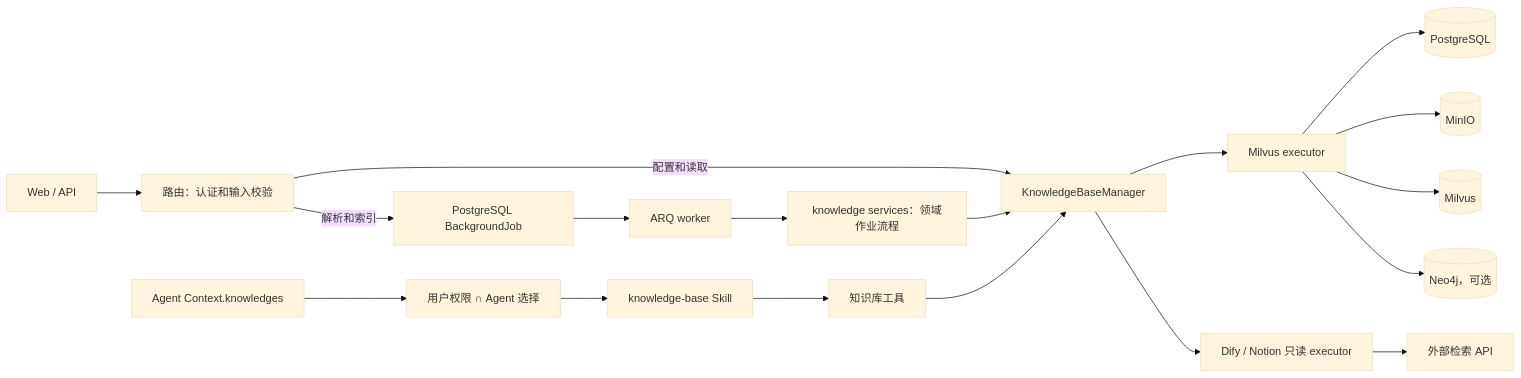
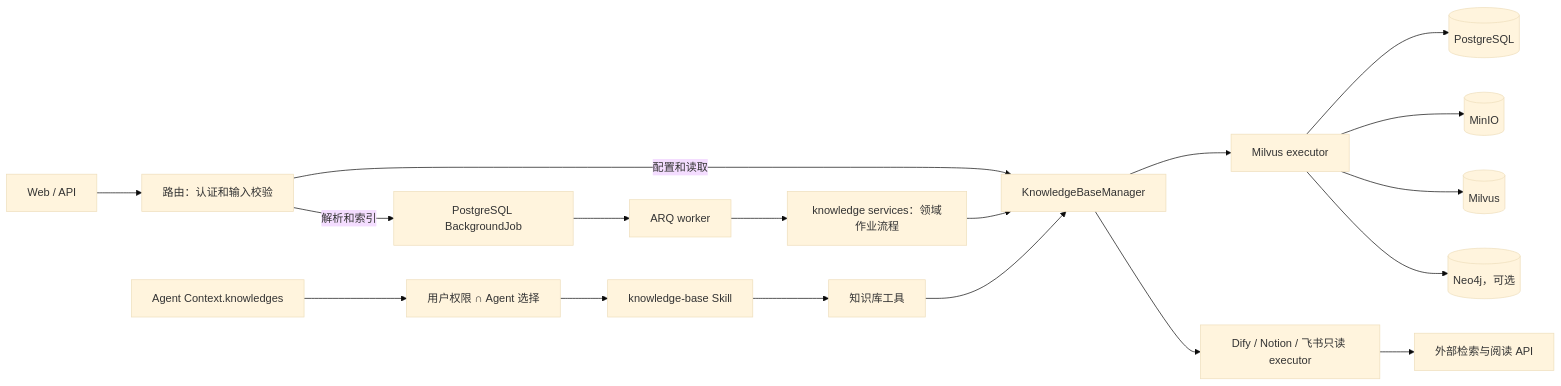
Before and after one commit to xerrors/Yuxi-Know: the first of 2 diagrams in docs/mechanisms/knowledge-base.md, drawn with Mermaid (base theme). The commit also changed other lines of this file and 26 other files, not shown here.

````diff
--- a/docs/mechanisms/knowledge-base.md
+++ b/docs/mechanisms/knowledge-base.md
@@ -18,21 +23,21 @@
 ```mermaid
 flowchart LR
     UI["Web / API"] --> Router["路由：认证和输入校验"]
     Router -->|解析和索引| Task["PostgreSQL BackgroundJob"]
     Router -->|配置和读取| Manager
     Task --> Worker["ARQ worker"]
     Worker --> Handler["knowledge services：领域作业流程"]
     Handler --> Manager["KnowledgeBaseManager"]
     Manager --> MilvusKB["Milvus executor"]
-    Manager --> Connector["Dify / Notion 只读 executor"]
+    Manager --> Connector["Dify / Notion / 飞书只读 executor"]
     MilvusKB --> PG[("PostgreSQL")]
     MilvusKB --> Object[("MinIO")]
     MilvusKB --> Vector[("Milvus")]
     MilvusKB --> Graph[("Neo4j，可选")]
-    Connector --> External["外部检索 API"]
+    Connector --> External["外部检索与阅读 API"]
 
     Context["Agent Context.knowledges"] --> Visible["用户权限 ∩ Agent 选择"]
     Visible --> Skill["knowledge-base Skill"]
     Skill --> Tools["知识库工具"]
     Tools --> Manager
 ```
````
